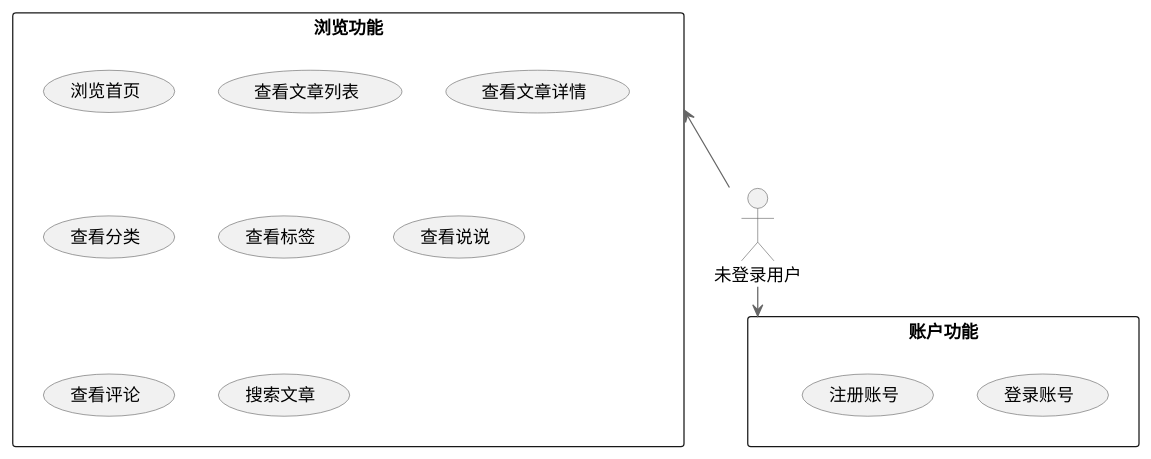
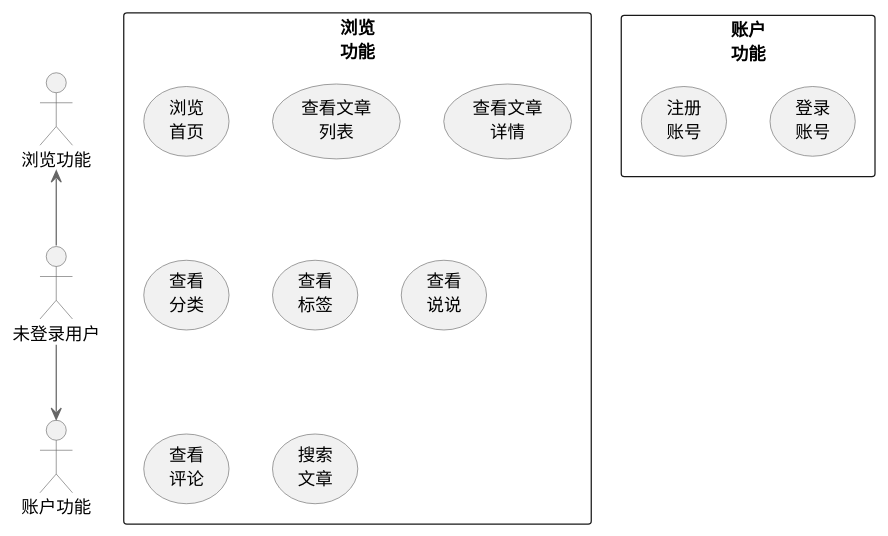
Before and after one commit to yello-rush/-springvue-: the first of 3 diagrams in 系统分析.md, drawn with PlantUML. The commit also changed other lines of this file and 1 other file, not shown here.

````diff
--- a/系统分析.md
+++ b/系统分析.md
@@ -130,42 +130,42 @@
 ```plantuml
 @startuml
 
 ' 未登录用户功能用例图
 
 skinparam backgroundColor white
 skinparam handwritten false
 skinparam shadowing false
 skinparam packageStyle rectangle
 skinparam arrowColor #666666
 skinparam usecaseBorderColor #666666
 skinparam actorBorderColor #666666
 
 ' 角色居中
 actor "未登录用户" as UnloggedUser
 
 ' 功能模块围绕四周 - 使用包组织相关功能
 
 ' 上方：浏览功能
-package "浏览功能" {
-    usecase "浏览首页" as BrowseHome
-    usecase "查看文章列表" as ViewArticleList
-    usecase "查看文章详情" as ViewArticleDetail
-    usecase "查看分类" as ViewCategories
-    usecase "查看标签" as ViewTags
-    usecase "查看说说" as ViewMoments
-    usecase "查看评论" as ViewComments
-    usecase "搜索文章" as SearchArticles
+package "浏览\n功能" {
+    usecase "浏览\n首页" as BrowseHome
+    usecase "查看文章\n列表" as ViewArticleList
+    usecase "查看文章\n详情" as ViewArticleDetail
+    usecase "查看\n分类" as ViewCategories
+    usecase "查看\n标签" as ViewTags
+    usecase "查看\n说说" as ViewMoments
+    usecase "查看\n评论" as ViewComments
+    usecase "搜索\n文章" as SearchArticles
 }
 
 ' 下方：账户功能
-package "账户功能" {
-    usecase "登录账号" as Login
-    usecase "注册账号" as Register
+package "账户\n功能" {
+    usecase "登录\n账号" as Login
+    usecase "注册\n账号" as Register
 }
 
 ' 连接角色与包，使用方向箭头控制位置
 UnloggedUser -up-> "浏览功能"
 UnloggedUser -down-> "账户功能"
 
 @enduml
 ```
````
